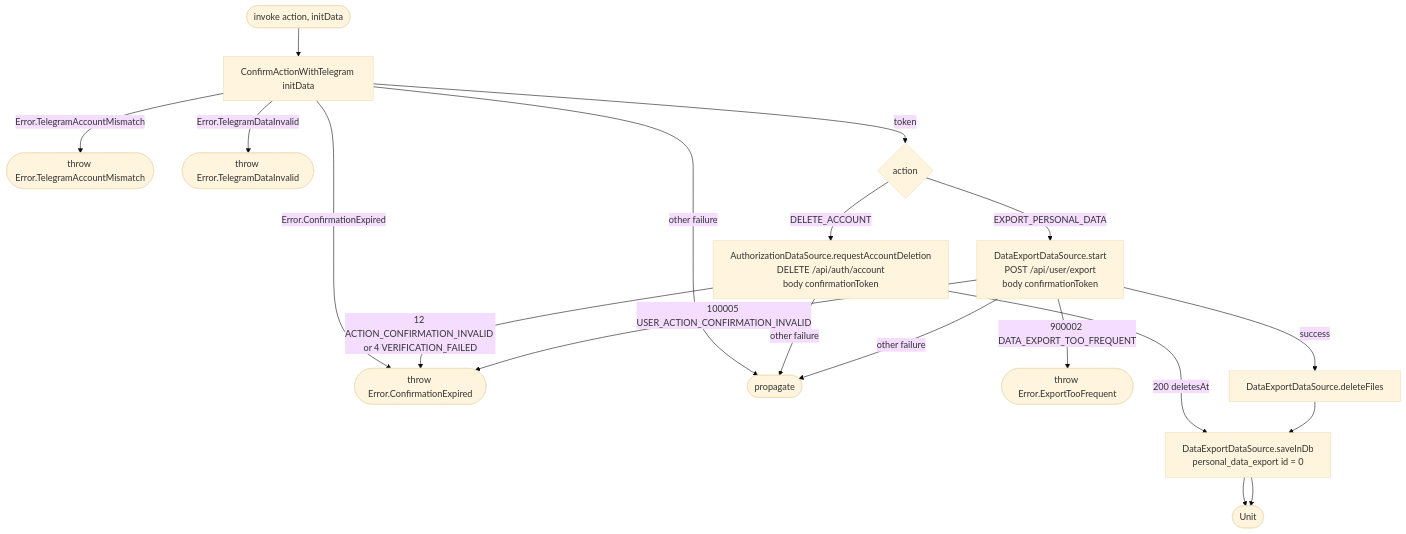
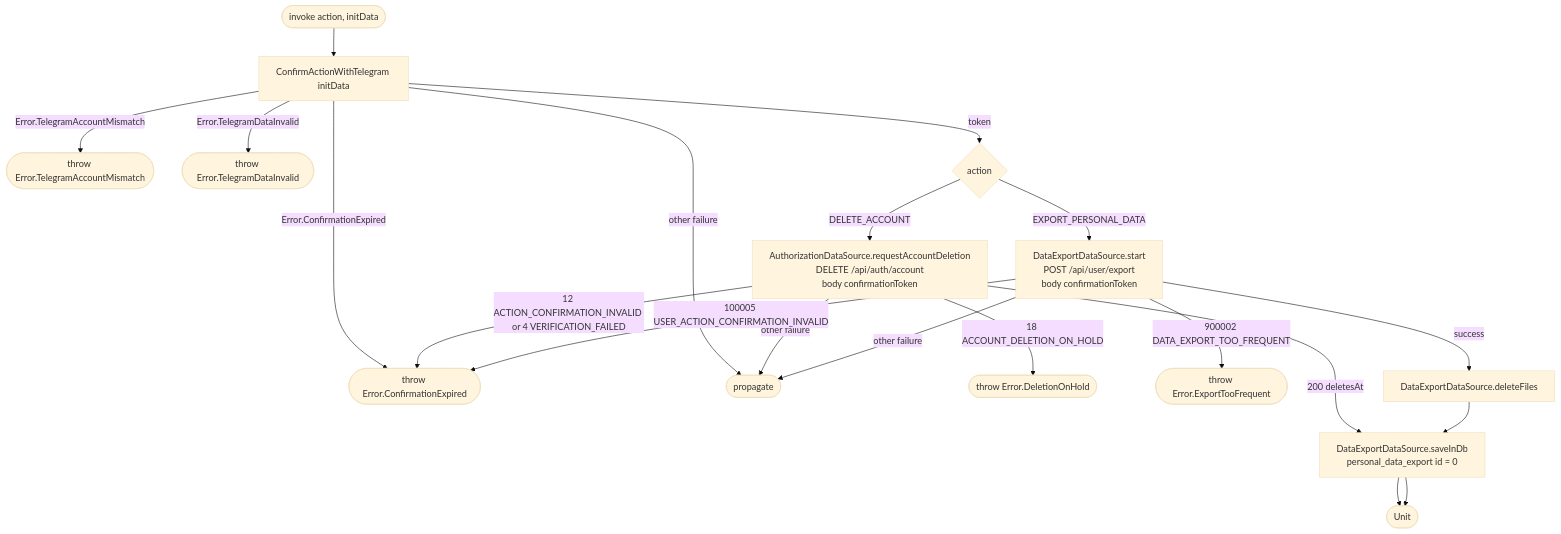
The diagram in docs/operations/settings/complete-telegram-confirmation.md (nocturneproperties/bookkme-client), drawn with Mermaid (base theme) before and after one commit. The commit also changed other lines of this file and 62 other files, not shown here.

````diff
--- a/docs/operations/settings/complete-telegram-confirmation.md
+++ b/docs/operations/settings/complete-telegram-confirmation.md
@@ -12,21 +12,22 @@
 ```mermaid
 flowchart TD
     Start([invoke action, initData]) --> Confirm[ConfirmActionWithTelegram initData]
     Confirm -- Error.ConfirmationExpired --> Expired([throw Error.ConfirmationExpired])
     Confirm -- Error.TelegramAccountMismatch --> Other([throw Error.TelegramAccountMismatch])
     Confirm -- Error.TelegramDataInvalid --> Invalid([throw Error.TelegramDataInvalid])
     Confirm -- other failure --> EX([propagate])
     Confirm -- token --> Kind{action}
     Kind -- DELETE_ACCOUNT --> Del[AuthorizationDataSource.requestAccountDeletion<br/>DELETE /api/auth/account<br/>body confirmationToken]
     Del -- 12 ACTION_CONFIRMATION_INVALID or 4 VERIFICATION_FAILED --> Expired
+    Del -- 18 ACCOUNT_DELETION_ON_HOLD --> Hold([throw Error.DeletionOnHold])
     Del -- other failure --> EX
     Del -- 200 deletesAt --> Save[AccountDeletionDataSource.saveScheduledDeletion<br/>account_deletion_prefs: deletes_at]
     Save --> R([Unit])
     Kind -- EXPORT_PERSONAL_DATA --> Exp[DataExportDataSource.start<br/>POST /api/user/export<br/>body confirmationToken]
     Exp -- 100005 USER_ACTION_CONFIRMATION_INVALID --> Expired
     Exp -- 900002 DATA_EXPORT_TOO_FREQUENT --> Limit([throw Error.ExportTooFrequent])
     Exp -- other failure --> EX
     Exp -- success --> Prune[DataExportDataSource.deleteFiles]
     Prune --> Save[DataExportDataSource.saveInDb<br/>personal_data_export id = 0]
     Save --> R
 ```
````
